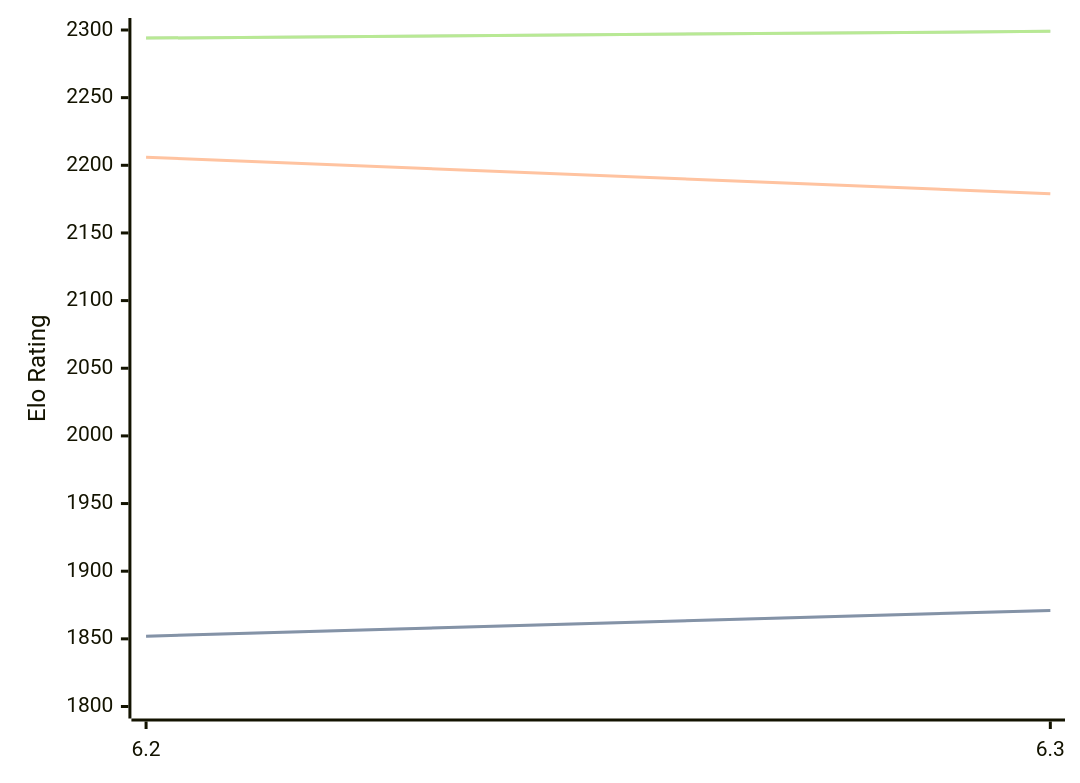
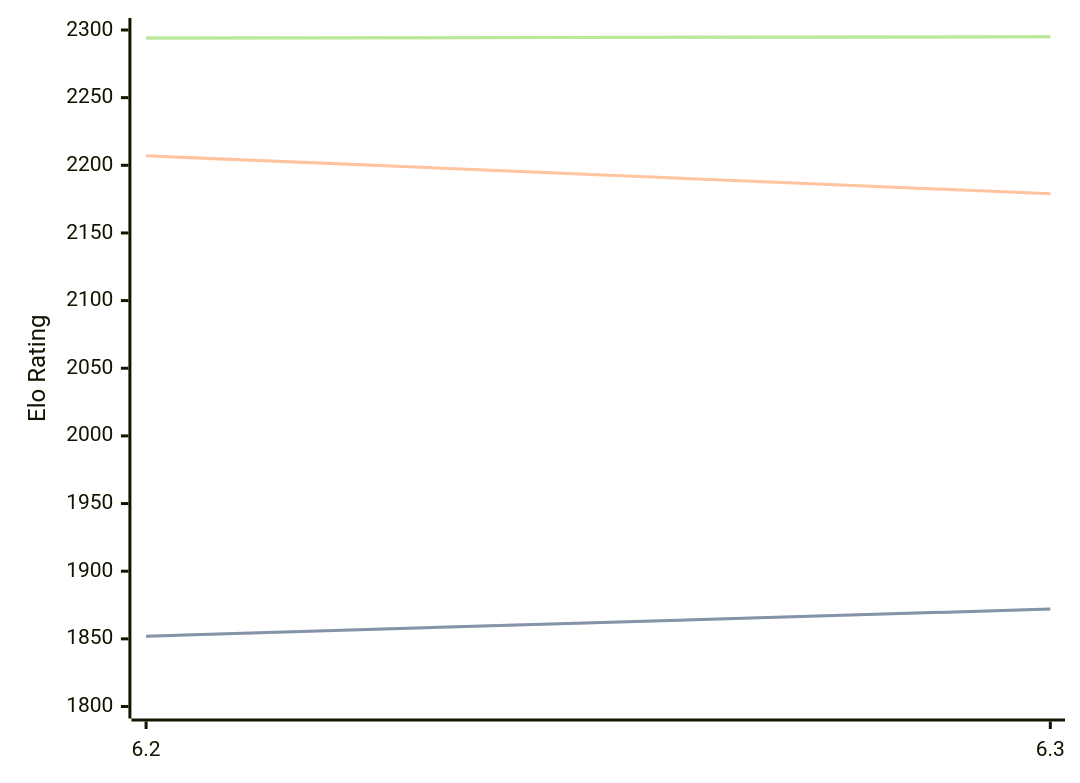
The diagram in engines/chess4j.md (computer-chess-index/cci), drawn with Mermaid before and after one commit. The commit also changed other lines of this file, not shown here.

Commit message:
Update CCI Ratings (ELO VLTC) - 2026-08-25

````diff
--- a/engines/chess4j.md
+++ b/engines/chess4j.md
@@ -32,11 +32,11 @@
 ```mermaid
 %%{init: {"theme":"base","themeVariables":{"seriesColors:['#a3a3a3','#222221','#faa371']}}}%%
 xychart-beta
   x-axis ["6.2", "6.3"]
   y-axis "Elo Rating" 1800 --> 2300
-  line "STC (8.0+0.08s)" [1852, 1871]
-  line "STC (8.0+0.08s)" [1852, 1871]
-  line "LTC (60.0+0.60s)" [2206, 2179]
-  line "VLTC (2m24s+1.12s)" [2294, 2299]
-  line "VLTC (2m24s+1.12s)" [2294, 2299]
+  line "STC (8.0+0.08s)" [1852, 1872]
+  line "STC (8.0+0.08s)" [1852, 1872]
+  line "LTC (60.0+0.60s)" [2207, 2179]
+  line "VLTC (2m24s+1.12s)" [2294, 2295]
+  line "VLTC (2m24s+1.12s)" [2294, 2295]
 ```
````
